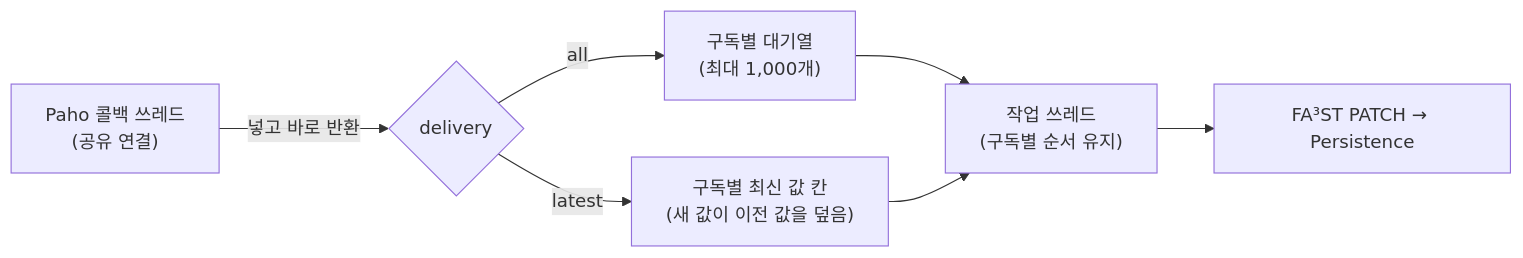
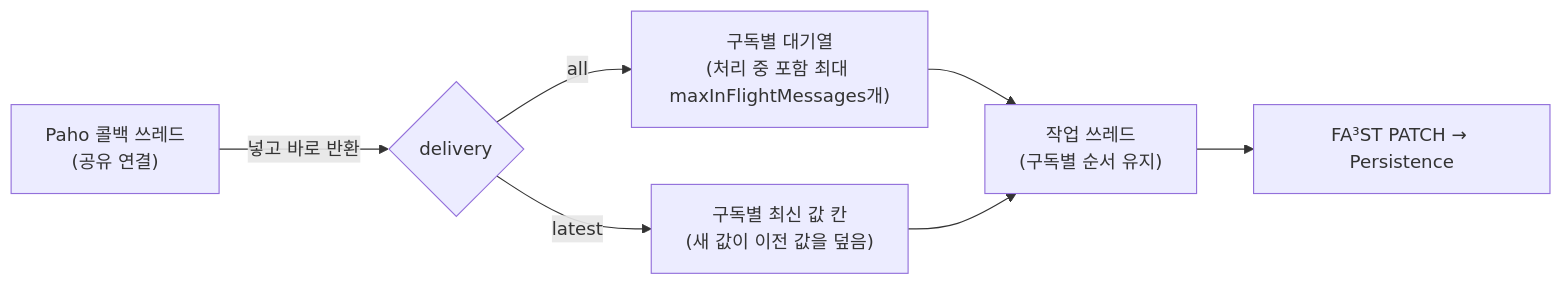
Before and after one commit to kwlee0220/mdt-instance: the second of 6 diagrams in docs/endpoint-guide.md, drawn with Mermaid. The commit also changed other lines of this file and 1 other file, not shown here.

Commit message:
Document MQTT shutdown order, in-flight options and shared-connection locking

````diff
--- a/docs/endpoint-guide.md
+++ b/docs/endpoint-guide.md
@@ -355,9 +367,9 @@
 ```mermaid
 flowchart LR
     P["Paho 콜백 쓰레드<br/>(공유 연결)"] -->|"넣고 바로 반환"| Q{"delivery"}
-    Q -->|all| A["구독별 대기열<br/>(최대 1,000개)"]
+    Q -->|all| A["구독별 대기열<br/>(처리 중 포함 최대 maxInFlightMessages개)"]
     Q -->|latest| L["구독별 최신 값 칸<br/>(새 값이 이전 값을 덮음)"]
     A --> W["작업 쓰레드<br/>(구독별 순서 유지)"]
     L --> W
     W --> F["FA³ST PATCH → Persistence"]
 ```
````
